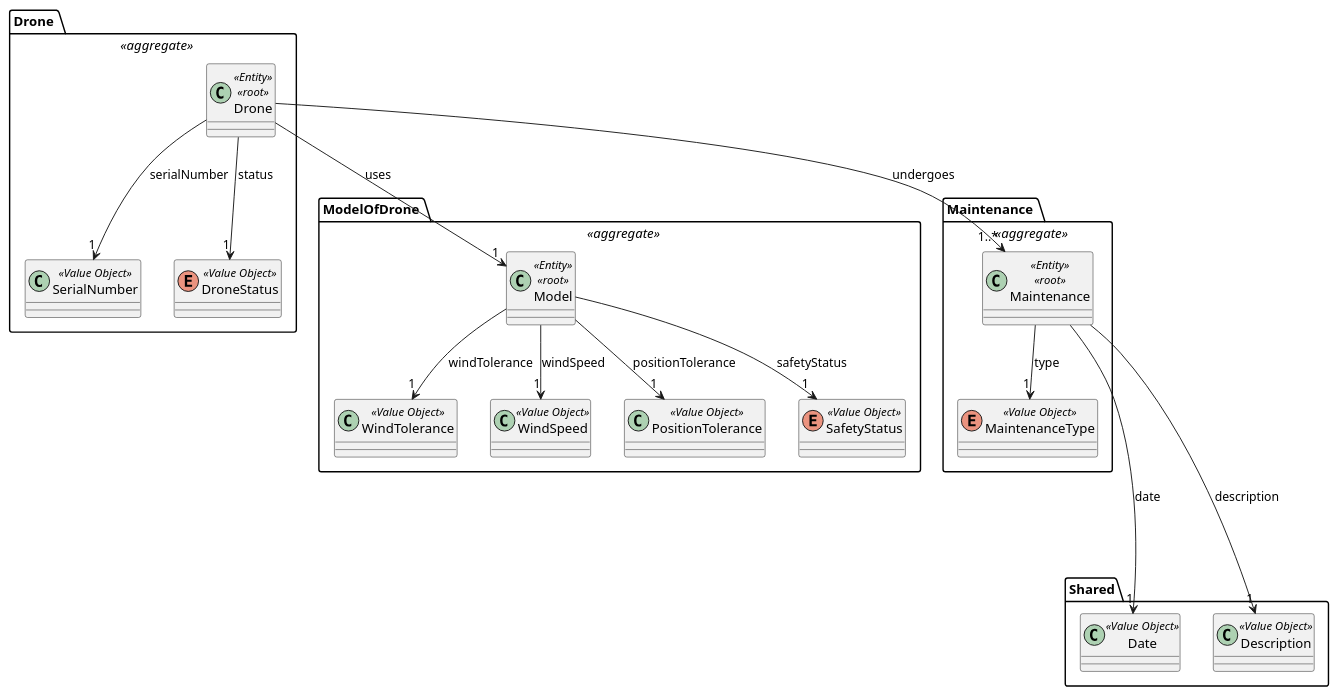
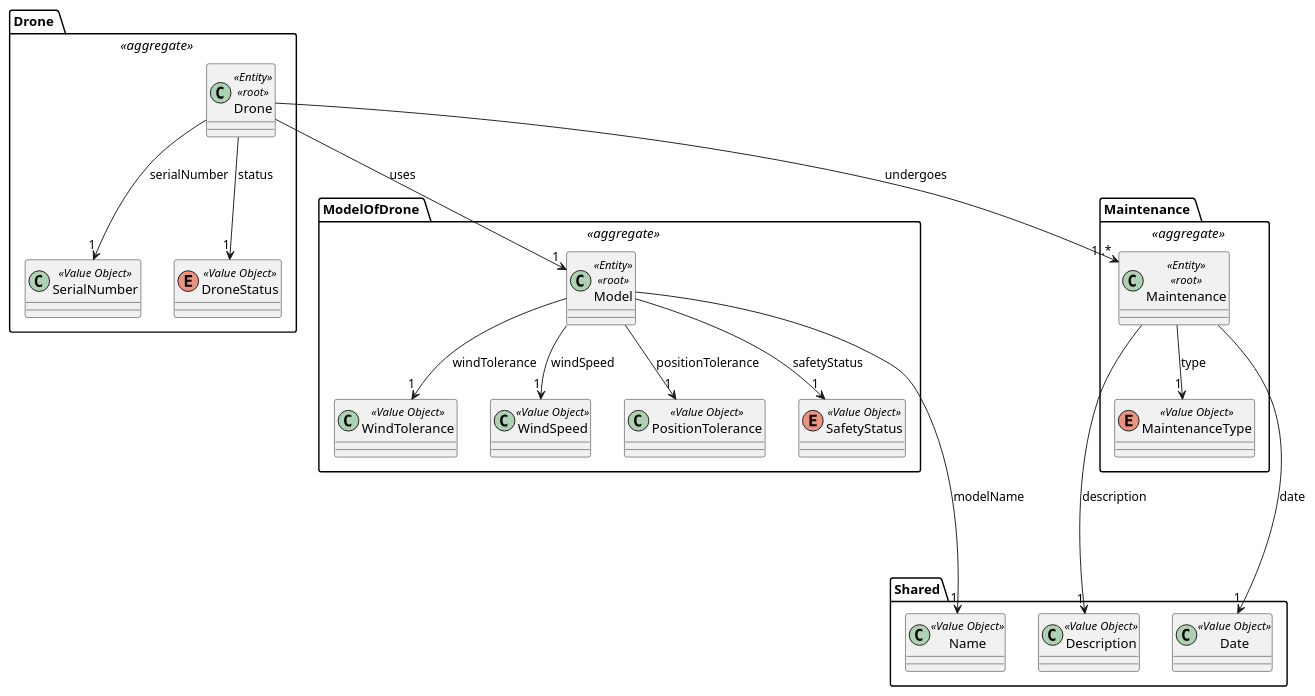
Before and after one commit to diogoveirospro/sem4pi-2024-2025-sem4pi_2024_2025_g44: the diagram in docs/global_artifacts/analysis/puml/domain_model_drone.puml, drawn with PlantUML. The commit also changed 20 other files, not shown here.

Commit message:
#25 #6 Made a fix to the program so that it can be run and added name to the drone model

```diff
--- a/docs/global_artifacts/analysis/puml/domain_model_drone.puml
+++ b/docs/global_artifacts/analysis/puml/domain_model_drone.puml
@@ -1,75 +1,81 @@
 @startuml
 
 package "Drone " <<aggregate>> {
 
     class Drone <<Entity>> <<root>>{
     }
 
     class SerialNumber <<Value Object>>{
     }
 
     enum DroneStatus <<Value Object>>{
     }
 
     'Drone -> x
     Drone --> "1" DroneStatus: status
     Drone --> "1" SerialNumber: serialNumber
 }
 
 package "ModelOfDrone " <<aggregate>> {
 
     class Model <<Entity>> <<root>>{
     }
 
     class WindTolerance <<Value Object>>{
     }
 
     class WindSpeed <<Value Object>>{
     }
 
     class PositionTolerance <<Value Object>>{
     }
 
     enum SafetyStatus <<Value Object>>{
     }
 
     'Model -> x
     Model --> "1" WindTolerance: windTolerance
     Model --> "1" WindSpeed: windSpeed
     Model --> "1" PositionTolerance: positionTolerance
     Model --> "1" SafetyStatus: safetyStatus
 
     'Drone -> x
     Drone --> "1" Model: uses
 
 }
 
 package "Maintenance " <<aggregate>> {
 
     class Maintenance <<Entity>> <<root>>{
     }
 
     enum MaintenanceType <<Value Object>>{
     }
 
     'Maintenance -> x
     Maintenance --> "1" MaintenanceType: type
 
     'Drone -> x
     Drone --> "1..*" Maintenance: undergoes
 }
 
 package Shared {
 
     class Date <<Value Object>>{
     }
 
     class Description <<Value Object>>{
     }
 
+    class Name <<Value Object>>{
+    }
+
     'Maintenance -> x
     Maintenance ----> "1" Date: date
     Maintenance ----> "1" Description: description
+
+    'Model -> x
+    Model ----> "1" Name: modelName
 }
 
 @enduml
```
